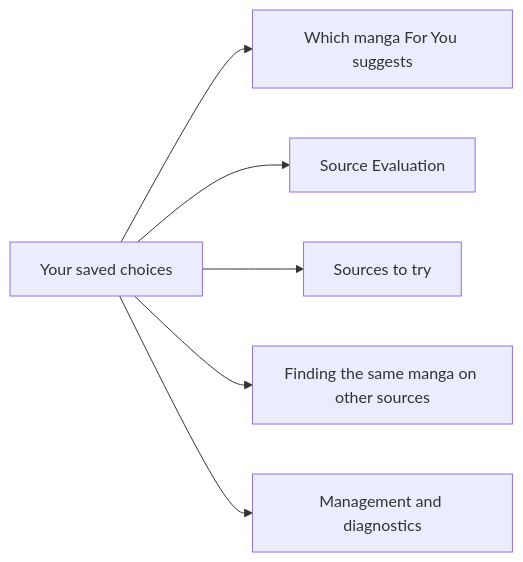
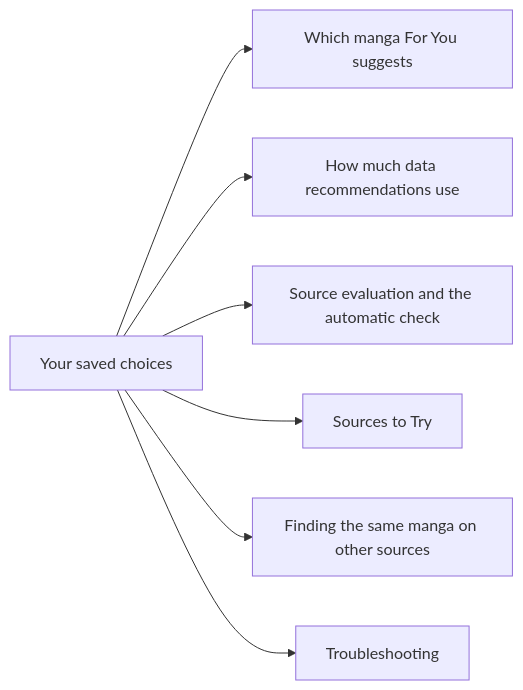
One commit to FancyCorey/komikku-fc changed the second of 4 diagrams in docs/kmk/feature-guides/recommendation-settings.md. Above: the diagram before and after it, drawn with Mermaid. The commit also changed other lines of this file and 22 other files, not shown here.

````diff
--- a/docs/kmk/feature-guides/recommendation-settings.md
+++ b/docs/kmk/feature-guides/recommendation-settings.md
@@ -102,8 +189,9 @@
 ```mermaid
 flowchart LR
     Settings["Your saved choices"] --> ForYou["Which manga For You suggests"]
-    Settings --> Evaluation["Source Evaluation"]
-    Settings --> Suggestions["Sources to try"]
+    Settings --> Data["How much data recommendations use"]
+    Settings --> Evaluation["Source evaluation and the automatic check"]
+    Settings --> Suggestions["Sources to Try"]
     Settings --> Matching["Finding the same manga on other sources"]
-    Settings --> Diagnostics["Management and diagnostics"]
+    Settings --> Diagnostics["Troubleshooting"]
 ```
````
